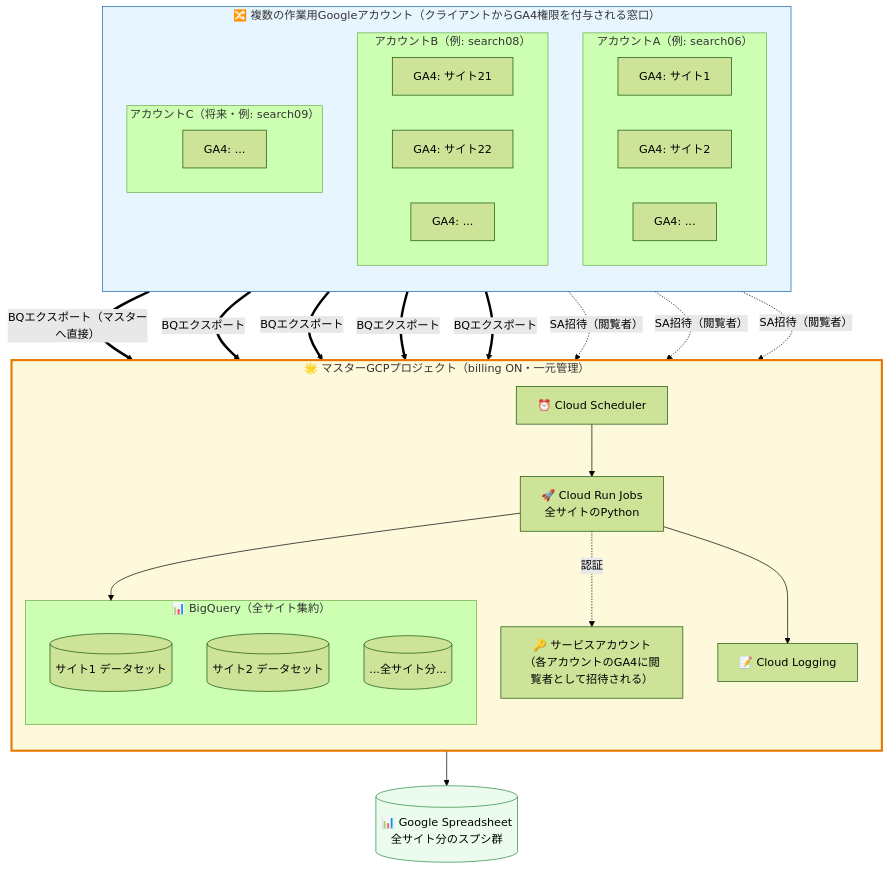
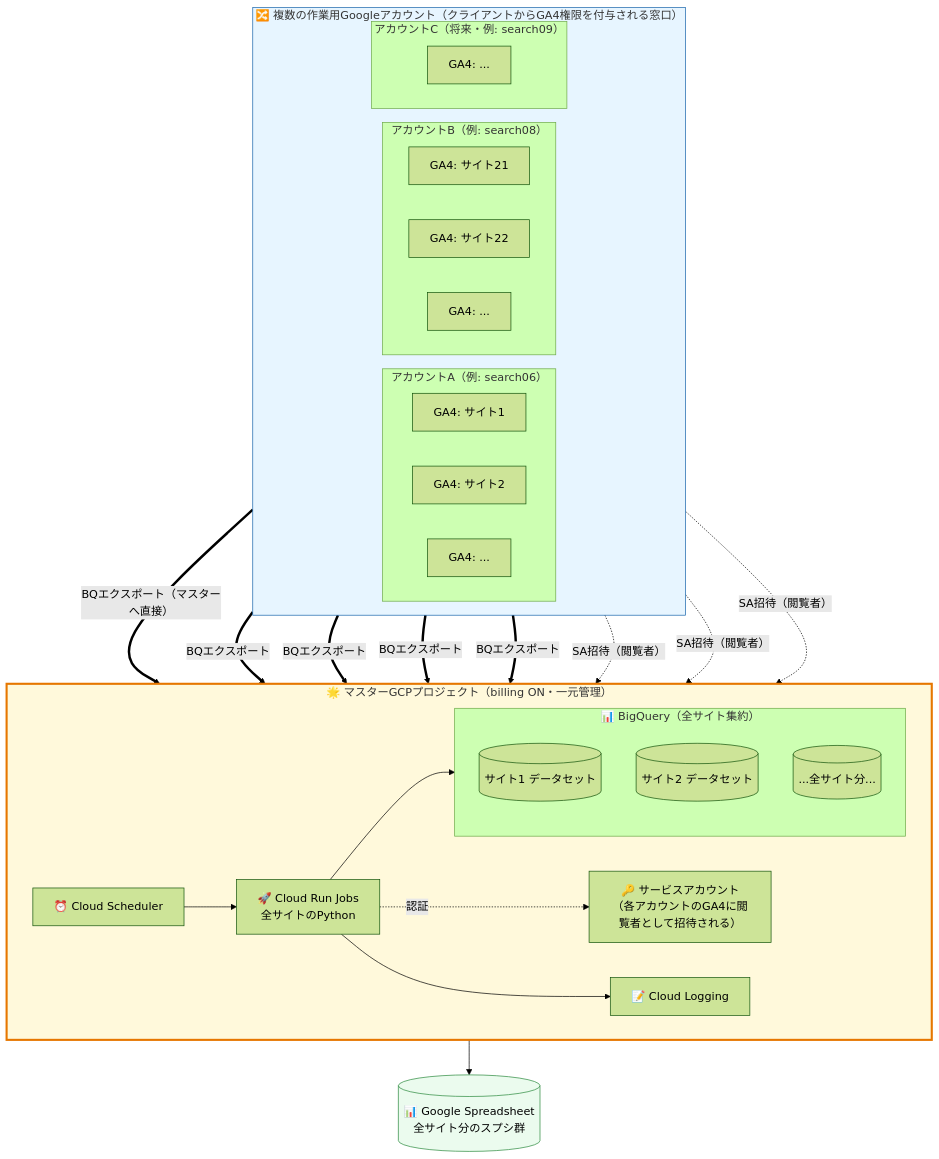
The sixth of 8 diagrams in tools/seo-dashboard/setup_guide_generic.md (itakura-t-hue/claude), drawn with Mermaid (forest theme) before and after one commit.

Commit message:
setup_guide_generic: D-2図で両subgraphをdirection LRに統一し縦積み強制
AccountsはLR(横長)だがMasterがTB(縦長)だったため、Mermaidが側並列配置を選択していた。
両方ともdirection LRの横長箱にすることで、flowchart TB下では縦積み以外の選択肢がなくなる。
Master内部はCloud Scheduler→Run→SA、BQ、Loggingが左右に並ぶ形に。
MBQ内部のみTBでデータセットを縦に並べる。

````diff
--- a/tools/seo-dashboard/setup_guide_generic.md
+++ b/tools/seo-dashboard/setup_guide_generic.md
@@ -1024,57 +1024,55 @@
 ```mermaid
 flowchart TB
     subgraph Accounts["🔀 複数の作業用Googleアカウント（クライアントからGA4権限を付与される窓口）"]
-        direction TB
+        direction LR
         subgraph AcctA["アカウントA（例: search06）"]
-            direction LR
             GA4_A1[GA4: サイト1]
             GA4_A2[GA4: サイト2]
             GA4_A3[GA4: ...]
         end
         subgraph AcctB["アカウントB（例: search08）"]
-            direction LR
             GA4_B1[GA4: サイト21]
             GA4_B2[GA4: サイト22]
             GA4_B3[GA4: ...]
         end
         subgraph AcctC["アカウントC（将来・例: search09）"]
-            direction LR
             GA4_C1[GA4: ...]
         end
     end
 
     subgraph Master["🌟 マスターGCPプロジェクト（billing ON・一元管理）"]
-        direction TB
+        direction LR
         MSCHED["⏰ Cloud Scheduler"]
         MCR["🚀 Cloud Run Jobs<br/>全サイトのPython"]
         MSA["🔑 サービスアカウント<br/>（各アカウントのGA4に閲覧者として招待される）"]
         subgraph MBQ["📊 BigQuery（全サイト集約）"]
+            direction TB
             DS1[(サイト1 データセット)]
             DS2[(サイト2 データセット)]
             DSN[(...全サイト分...)]
         end
         MLOG["📝 Cloud Logging"]
     end
 
     SHEET[("📊 Google Spreadsheet<br/>全サイト分のスプシ群")]
 
     GA4_A1 == "BQエクスポート（マスターへ直接）" ==> DS1
     GA4_A2 == "BQエクスポート" ==> DS2
     GA4_B1 == "BQエクスポート" ==> DSN
     GA4_B2 == "BQエクスポート" ==> DSN
     GA4_C1 == "BQエクスポート" ==> DSN
 
     AcctA -. "SA招待（閲覧者）" .-> MSA
     AcctB -. "SA招待（閲覧者）" .-> MSA
     AcctC -. "SA招待（閲覧者）" .-> MSA
 
     MSCHED --> MCR
     MCR -. "認証" .-> MSA
     MCR --> MBQ
     MCR --> SHEET
     MCR --> MLOG
 
     style Master fill:#fff9db,stroke:#e67700,stroke-width:3px
     style Accounts fill:#e7f5ff,stroke:#1864ab
     style SHEET fill:#ebfbee,stroke:#2b8a3e
 ```
````
